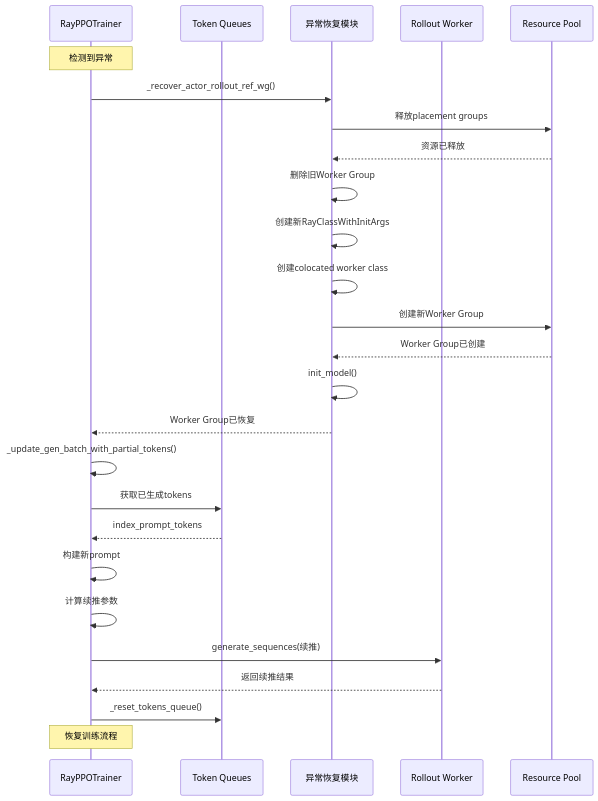
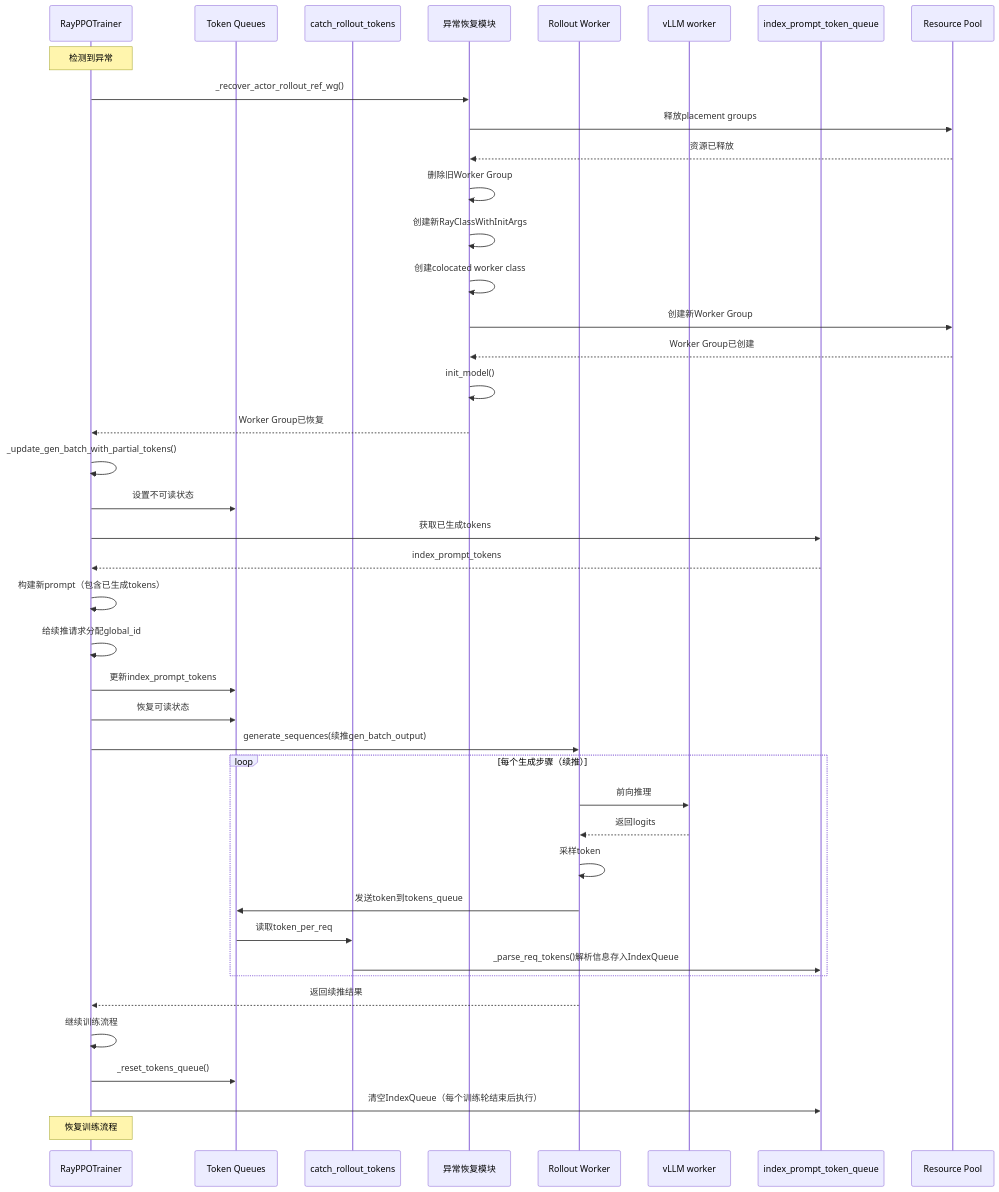
The fourth of 5 diagrams in docs/advance/token_continuation_and_recovery.md (Li-Yongwen/verl-ras), drawn with Mermaid before and after one commit. The commit also changed other lines of this file and 1 other file, not shown here.

Commit message:
revise: add init_req_token_queue_with_prompts

````diff
--- a/docs/advance/token_continuation_and_recovery.md
+++ b/docs/advance/token_continuation_and_recovery.md
@@ -616,34 +617,51 @@
 ```mermaid
 sequenceDiagram
     participant Trainer as RayPPOTrainer
     participant Queue as Token Queues
+    participant Catch as catch_rollout_tokens
     participant Recover as 异常恢复模块
     participant Worker as Rollout Worker
+    participant Model as vLLM worker
+    participant IndexQueue as index_prompt_token_queue
     participant Resource as Resource Pool
     
     Note over Trainer: 检测到异常
     Trainer->>Recover: _recover_actor_rollout_ref_wg()
     
     Recover->>Resource: 释放placement groups
     Resource-->>Recover: 资源已释放
     Recover->>Recover: 删除旧Worker Group
     
     Recover->>Recover: 创建新RayClassWithInitArgs
     Recover->>Recover: 创建colocated worker class
     Recover->>Resource: 创建新Worker Group
     Resource-->>Recover: Worker Group已创建
     Recover->>Recover: init_model()
     Recover-->>Trainer: Worker Group已恢复
     
     Trainer->>Trainer: _update_gen_batch_with_partial_tokens()
-    Trainer->>Queue: 获取已生成tokens
-    Queue-->>Trainer: index_prompt_tokens
-    Trainer->>Trainer: 构建新prompt
-    Trainer->>Trainer: 计算续推参数
+    Trainer->>Queue: 设置不可读状态
+    Trainer->>IndexQueue: 获取已生成tokens
+    IndexQueue-->>Trainer: index_prompt_tokens
+    Trainer->>Trainer: 构建新prompt（包含已生成tokens）
+    Trainer->>Trainer: 给续推请求分配global_id
+    Trainer->>Queue: 更新index_prompt_tokens
+    Trainer->>Queue: 恢复可读状态
     
-    Trainer->>Worker: generate_sequences(续推)
+    Trainer->>Worker: generate_sequences(续推gen_batch_output)
+    
+    loop 每个生成步骤（续推）
+        Worker->>Model: 前向推理
+        Model-->>Worker: 返回logits
+        Worker->>Worker: 采样token
+        Worker->>Queue: 发送token到tokens_queue
+        Queue->>Catch: 读取token_per_req
+        Catch->>IndexQueue: _parse_req_tokens()解析信息存入IndexQueue
+    end
+    
     Worker-->>Trainer: 返回续推结果
-    
+    Trainer->>Trainer: 继续训练流程
     Trainer->>Queue: _reset_tokens_queue()
+    Trainer->>IndexQueue: 清空IndexQueue（每个训练轮结束后执行）
     Note over Trainer: 恢复训练流程
 ```
````
